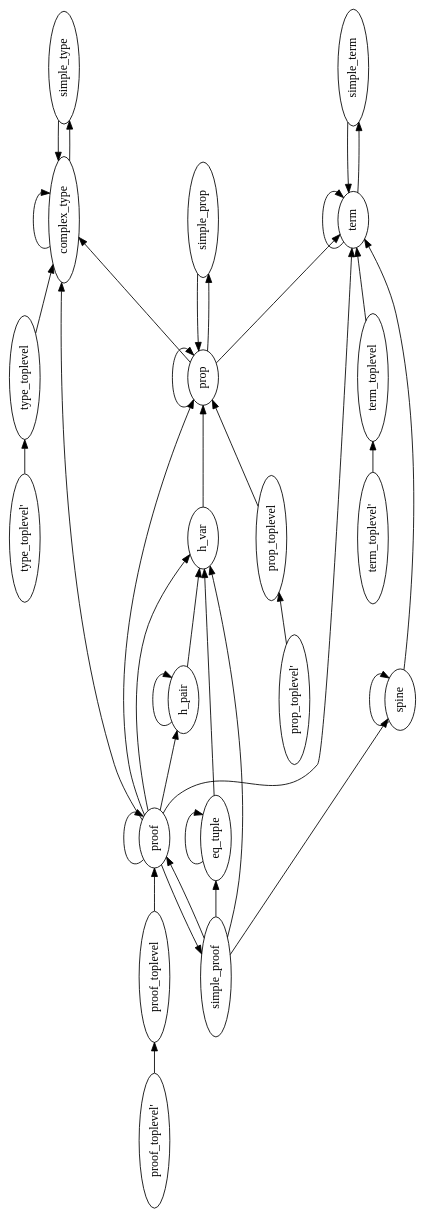
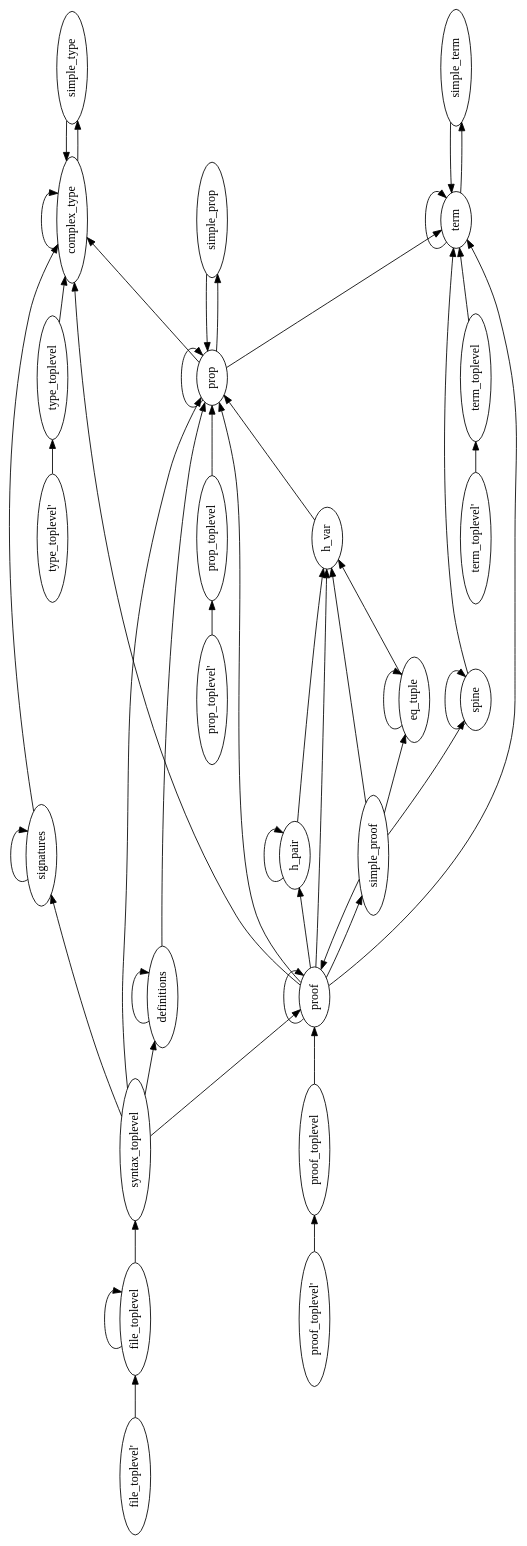
The diagram in src/parser/Parser.dot (LaifsV1/YUP), drawn with Graphviz before and after one commit. The commit also changed 19 other files, not shown here.

```diff
--- a/src/parser/Parser.dot
+++ b/src/parser/Parser.dot
@@ -1,63 +1,79 @@
 digraph G {
 orientation = landscape;
 rankdir = LR;
 ratio = compress;
 nt0 [ label="type_toplevel'" ] ;
 nt1 [ label="term_toplevel'" ] ;
 nt2 [ label="prop_toplevel'" ] ;
 nt3 [ label="proof_toplevel'" ] ;
-nt4 [ label="type_toplevel" ] ;
-nt5 [ label="term_toplevel" ] ;
-nt6 [ label="term" ] ;
-nt7 [ label="spine" ] ;
-nt8 [ label="simple_type" ] ;
-nt9 [ label="simple_term" ] ;
-nt10 [ label="simple_prop" ] ;
-nt11 [ label="simple_proof" ] ;
-nt12 [ label="prop_toplevel" ] ;
-nt13 [ label="prop" ] ;
-nt14 [ label="proof_toplevel" ] ;
-nt15 [ label="proof" ] ;
-nt16 [ label="h_var" ] ;
-nt17 [ label="h_pair" ] ;
-nt18 [ label="eq_tuple" ] ;
-nt19 [ label="complex_type" ] ;
-nt0 -> nt4 [ label="" ] ;
-nt1 -> nt5 [ label="" ] ;
-nt2 -> nt12 [ label="" ] ;
-nt3 -> nt14 [ label="" ] ;
-nt4 -> nt19 [ label="" ] ;
-nt5 -> nt6 [ label="" ] ;
-nt6 -> nt6 [ label="" ] ;
-nt6 -> nt9 [ label="" ] ;
-nt7 -> nt6 [ label="" ] ;
+nt4 [ label="file_toplevel'" ] ;
+nt5 [ label="type_toplevel" ] ;
+nt6 [ label="term_toplevel" ] ;
+nt7 [ label="term" ] ;
+nt8 [ label="syntax_toplevel" ] ;
+nt9 [ label="spine" ] ;
+nt10 [ label="simple_type" ] ;
+nt11 [ label="simple_term" ] ;
+nt12 [ label="simple_prop" ] ;
+nt13 [ label="simple_proof" ] ;
+nt14 [ label="signatures" ] ;
+nt15 [ label="prop_toplevel" ] ;
+nt16 [ label="prop" ] ;
+nt17 [ label="proof_toplevel" ] ;
+nt18 [ label="proof" ] ;
+nt19 [ label="h_var" ] ;
+nt20 [ label="h_pair" ] ;
+nt21 [ label="file_toplevel" ] ;
+nt22 [ label="eq_tuple" ] ;
+nt23 [ label="definitions" ] ;
+nt24 [ label="complex_type" ] ;
+nt0 -> nt5 [ label="" ] ;
+nt1 -> nt6 [ label="" ] ;
+nt2 -> nt15 [ label="" ] ;
+nt3 -> nt17 [ label="" ] ;
+nt4 -> nt21 [ label="" ] ;
+nt5 -> nt24 [ label="" ] ;
+nt6 -> nt7 [ label="" ] ;
 nt7 -> nt7 [ label="" ] ;
-nt8 -> nt19 [ label="" ] ;
-nt9 -> nt6 [ label="" ] ;
-nt10 -> nt13 [ label="" ] ;
+nt7 -> nt11 [ label="" ] ;
+nt8 -> nt14 [ label="" ] ;
+nt8 -> nt16 [ label="" ] ;
+nt8 -> nt18 [ label="" ] ;
+nt8 -> nt23 [ label="" ] ;
+nt9 -> nt7 [ label="" ] ;
+nt9 -> nt9 [ label="" ] ;
+nt10 -> nt24 [ label="" ] ;
 nt11 -> nt7 [ label="" ] ;
-nt11 -> nt15 [ label="" ] ;
-nt11 -> nt16 [ label="" ] ;
-nt11 -> nt18 [ label="" ] ;
-nt12 -> nt13 [ label="" ] ;
-nt13 -> nt6 [ label="" ] ;
-nt13 -> nt10 [ label="" ] ;
-nt13 -> nt13 [ label="" ] ;
+nt12 -> nt16 [ label="" ] ;
+nt13 -> nt9 [ label="" ] ;
+nt13 -> nt18 [ label="" ] ;
 nt13 -> nt19 [ label="" ] ;
-nt14 -> nt15 [ label="" ] ;
-nt15 -> nt6 [ label="" ] ;
-nt15 -> nt11 [ label="" ] ;
-nt15 -> nt13 [ label="" ] ;
-nt15 -> nt15 [ label="" ] ;
+nt13 -> nt22 [ label="" ] ;
+nt14 -> nt14 [ label="" ] ;
+nt14 -> nt24 [ label="" ] ;
 nt15 -> nt16 [ label="" ] ;
-nt15 -> nt17 [ label="" ] ;
-nt15 -> nt19 [ label="" ] ;
-nt16 -> nt13 [ label="" ] ;
-nt17 -> nt16 [ label="" ] ;
-nt17 -> nt17 [ label="" ] ;
+nt16 -> nt7 [ label="" ] ;
+nt16 -> nt12 [ label="" ] ;
+nt16 -> nt16 [ label="" ] ;
+nt16 -> nt24 [ label="" ] ;
+nt17 -> nt18 [ label="" ] ;
+nt18 -> nt7 [ label="" ] ;
+nt18 -> nt13 [ label="" ] ;
 nt18 -> nt16 [ label="" ] ;
 nt18 -> nt18 [ label="" ] ;
-nt19 -> nt8 [ label="" ] ;
-nt19 -> nt19 [ label="" ] ;
+nt18 -> nt19 [ label="" ] ;
+nt18 -> nt20 [ label="" ] ;
+nt18 -> nt24 [ label="" ] ;
+nt19 -> nt16 [ label="" ] ;
+nt20 -> nt19 [ label="" ] ;
+nt20 -> nt20 [ label="" ] ;
+nt21 -> nt8 [ label="" ] ;
+nt21 -> nt21 [ label="" ] ;
+nt22 -> nt19 [ label="" ] ;
+nt22 -> nt22 [ label="" ] ;
+nt23 -> nt16 [ label="" ] ;
+nt23 -> nt23 [ label="" ] ;
+nt24 -> nt10 [ label="" ] ;
+nt24 -> nt24 [ label="" ] ;
 
 }
```
